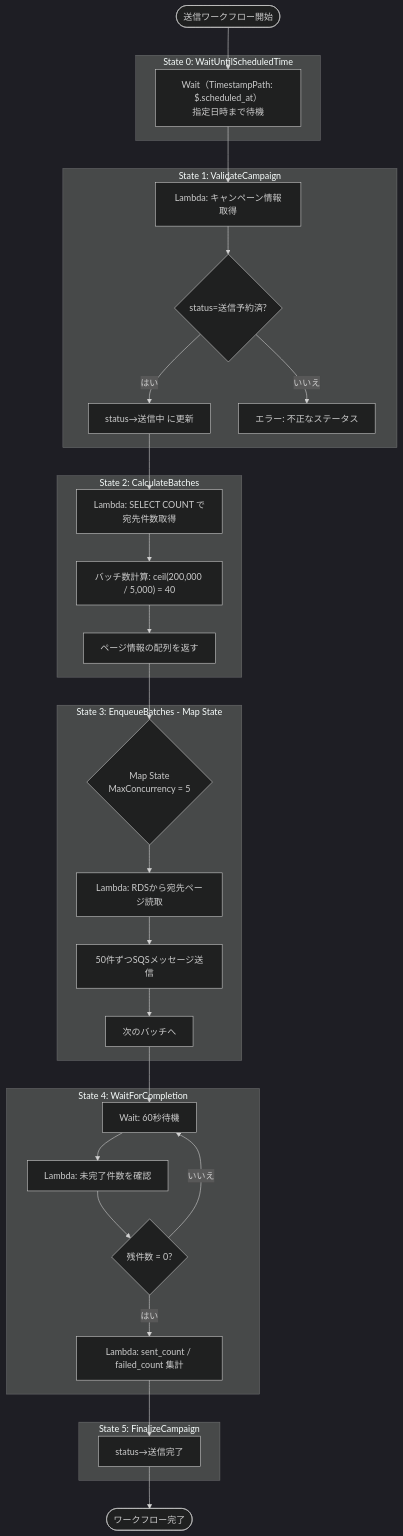
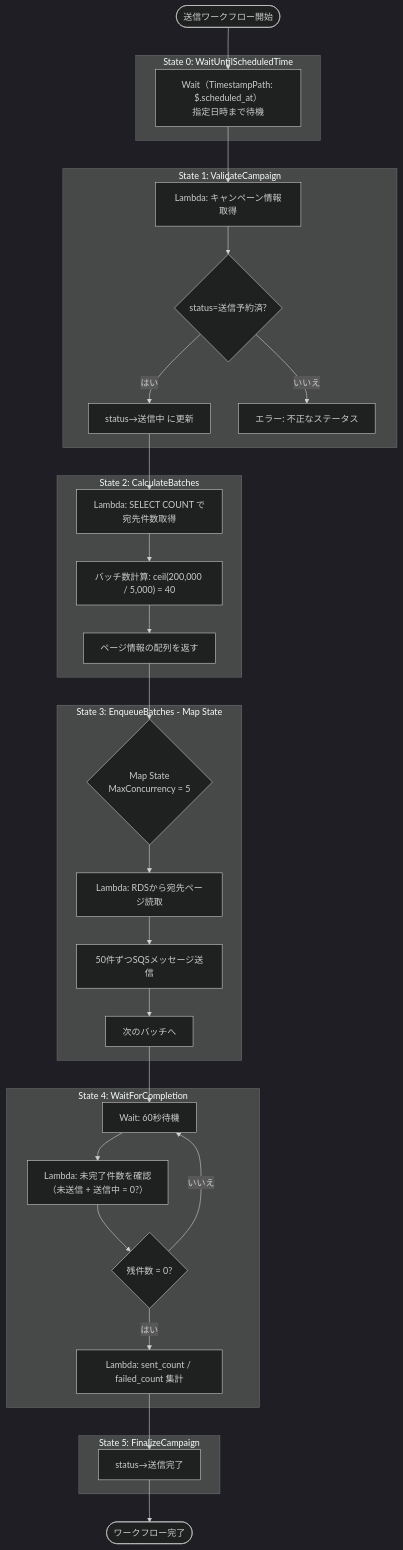
Before and after one commit to muratariku0903/mass-emailing: the second of 3 diagrams in docs/03-sending-flow.md, drawn with Mermaid (dark theme). The commit also changed other lines of this file and 3 other files, not shown here.

````diff
--- a/docs/03-sending-flow.md
+++ b/docs/03-sending-flow.md
@@ -65,51 +66,51 @@
 ```mermaid
 flowchart TD
     START([送信ワークフロー開始]) --> S0
 
     subgraph State0 [State 0: WaitUntilScheduledTime]
         S0["Wait（TimestampPath: $.scheduled_at）<br/>指定日時まで待機"]
     end
 
     S0 --> S1
 
     subgraph State1 [State 1: ValidateCampaign]
         S1[Lambda: キャンペーン情報取得]
         S1 --> S1_2{status=送信予約済?}
         S1_2 -->|はい| S1_3[status→送信中 に更新]
         S1_2 -->|いいえ| S1_ERR[エラー: 不正なステータス]
     end
 
     S1_3 --> S2
 
     subgraph State2 [State 2: CalculateBatches]
         S2[Lambda: SELECT COUNT で宛先件数取得]
         S2 --> S2_2["バッチ数計算: ceil(200,000 / 5,000) = 40"]
         S2_2 --> S2_3[ページ情報の配列を返す]
     end
 
     S2_3 --> S3
 
     subgraph State3 [State 3: EnqueueBatches - Map State]
         S3{Map State<br/>MaxConcurrency = 5}
         S3 --> E1[Lambda: RDSから宛先ページ読取]
         E1 --> E2[50件ずつSQSメッセージ送信]
         E2 --> E3[次のバッチへ]
     end
 
     E3 --> S4
 
     subgraph State4 [State 4: WaitForCompletion]
         S4[Wait: 60秒待機]
-        S4 --> S4_2[Lambda: 未完了件数を確認]
+        S4 --> S4_2["Lambda: 未完了件数を確認<br/>（未送信 + 送信中 = 0?）"]
         S4_2 --> S4_3{残件数 = 0?}
         S4_3 -->|いいえ| S4
         S4_3 -->|はい| S5
     end
 
     subgraph State5 [State 5: FinalizeCampaign]
         S5[Lambda: sent_count / failed_count 集計]
         S5 --> S5_2[status→送信完了]
     end
 
     S5_2 --> END([ワークフロー完了])
 ```
````
